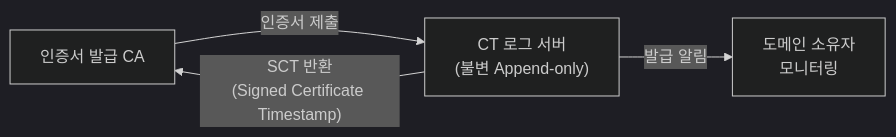
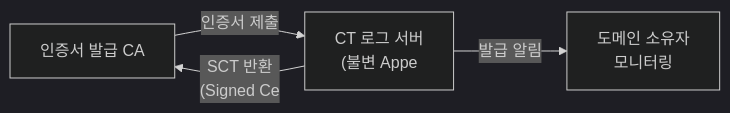
One commit to yjkim2015/yjkim2015.github.io changed the sixth of 7 diagrams in _posts/network/2026-05-03-https-tls.md. Above: the diagram before and after it, drawn with Mermaid (dark theme). The commit also changed other lines of this file and 271 other files, not shown here.

First line of the commit message:
Mermaid 라벨 축소: 긴 노드 텍스트 18자 이하로 트림 + \n 제거

````diff
--- a/_posts/network/2026-05-03-https-tls.md
+++ b/_posts/network/2026-05-03-https-tls.md
@@ -218,9 +218,9 @@
 ```mermaid
 graph LR
     CA["인증서 발급 CA"]
-    Log["CT 로그 서버\n(불변 Append-only)"]
+    Log["CT 로그 서버\n(불변 Appe"]
     Monitor["도메인 소유자\n모니터링"]
     CA -->|"인증서 제출"| Log
-    Log -->|"SCT 반환\n(Signed Certificate Timestamp)"| CA
+    Log -->|"SCT 반환\n(Signed Ce"| CA
     Log -->|"발급 알림"| Monitor
 ```
````
